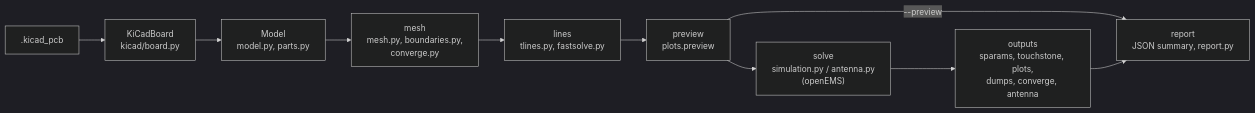
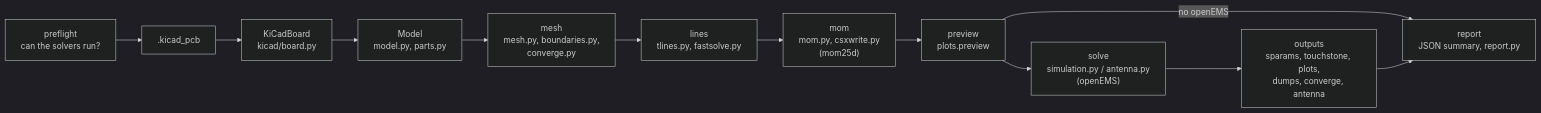
Before and after one commit to lowprocess/kicad2ems: the diagram in docs/architecture.md, drawn with Mermaid (dark theme). The commit also changed other lines of this file and 11 other files, not shown here.

````diff
--- a/docs/architecture.md
+++ b/docs/architecture.md
@@ -11,12 +11,14 @@
 ```mermaid
 flowchart LR
-    A[".kicad_pcb"] --> B["KiCadBoard<br/>kicad/board.py"]
+    P["preflight<br/>can the solvers run?"] --> A[".kicad_pcb"]
+    A --> B["KiCadBoard<br/>kicad/board.py"]
     B --> C["Model<br/>model.py, parts.py"]
     C --> D["mesh<br/>mesh.py, boundaries.py,<br/>converge.py"]
     D --> L["lines<br/>tlines.py, fastsolve.py"]
-    L --> E["preview<br/>plots.preview"]
-    E -->|--preview| R
+    L --> M["mom<br/>mom.py, csxwrite.py<br/>(mom25d)"]
+    M --> E["preview<br/>plots.preview"]
+    E -->|no openEMS| R
     E --> F["solve<br/>simulation.py / antenna.py<br/>(openEMS)"]
     F --> G["outputs<br/>sparams, touchstone, plots,<br/>dumps, converge, antenna"]
     G --> R["report<br/>JSON summary, report.py"]
 ```
````
